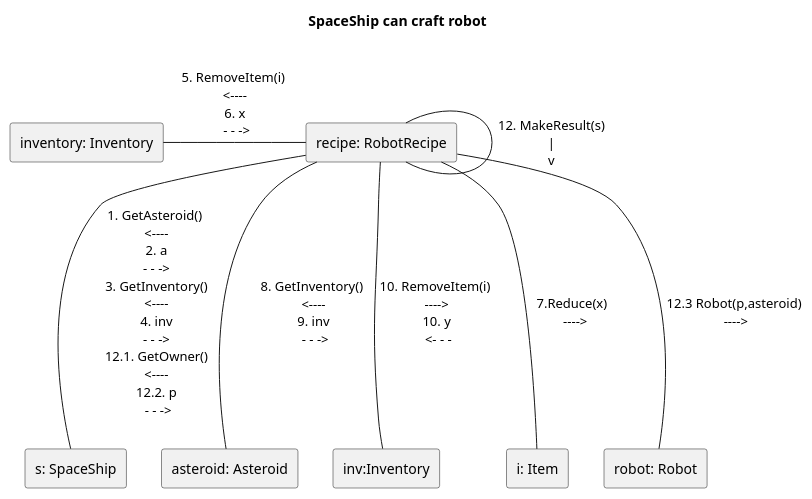
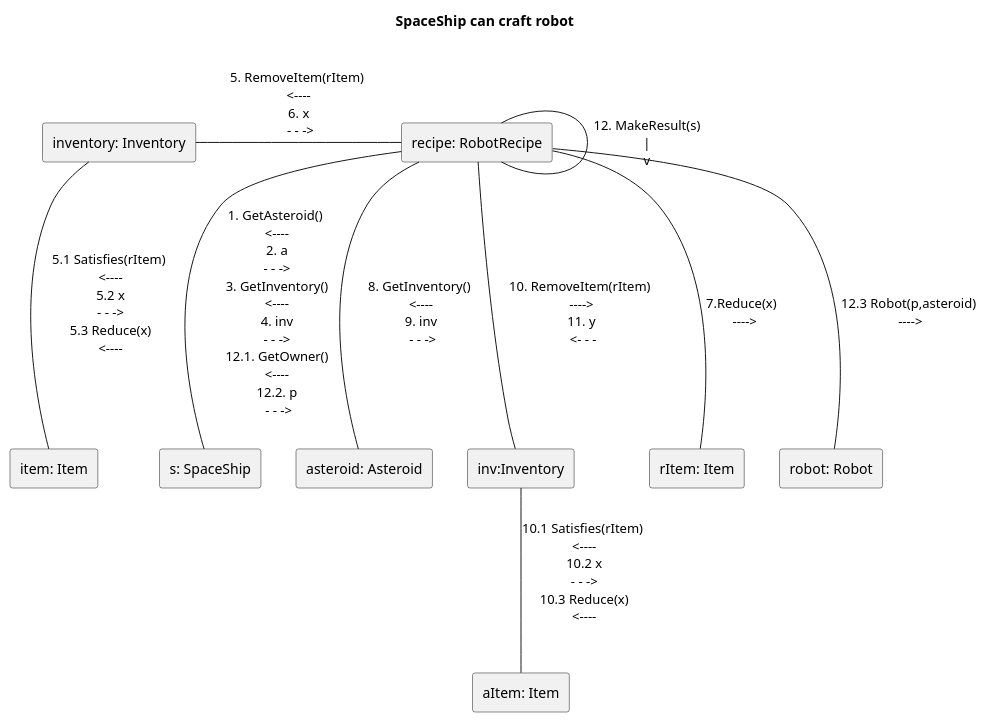
One commit to viseguard-studios/Documentation changed the diagram in docs/Skeleton/diagrams/Craft_robot/comm/3.Craft_robot.puml. Above: the diagram before and after it, drawn with PlantUML. The commit also changed 5 other files, not shown here.

Commit message:
craft uml update

```diff
--- a/docs/Skeleton/diagrams/Craft_robot/comm/3.Craft_robot.puml
+++ b/docs/Skeleton/diagrams/Craft_robot/comm/3.Craft_robot.puml
@@ -1,30 +1,36 @@
 @startuml
 rectangle "recipe: RobotRecipe" as recipe 
 rectangle "s: SpaceShip" as s 
 rectangle "inventory: Inventory" as inventory 
 rectangle "asteroid: Asteroid" as asteroid
 rectangle "inv:Inventory" as inv 
-rectangle "i: Item" as i
+rectangle "rItem: Item" as rItem
 rectangle "robot: Robot" as robot 
+rectangle "item: Item" as item
+rectangle "aItem: Item" as aItem
 
 title SpaceShip can craft robot \n 
 
 recipe -- s: 1. GetAsteroid() \n <---- \n 2. a \n - - -> \n 3. GetInventory() \n <---- \n 4. inv \n - - -> \n 12.1. GetOwner() \n <---- \n 12.2. p \n - - ->
 
 
-recipe -left- inventory: 5. RemoveItem(i) \n <---- \n 6. x \n - - -> 
+recipe -left- inventory: 5. RemoveItem(rItem) \n <---- \n 6. x \n - - -> 
 
-recipe -- i: 7.Reduce(x) \n ---->
+inventory -- item: 5.1 Satisfies(rItem) \n <---- \n 5.2 x \n - - -> \n 5.3 Reduce(x) \n <---- \n 
+
+recipe -- rItem: 7.Reduce(x) \n ---->
 
 recipe -- asteroid: 8. GetInventory() \n <---- \n 9. inv \n - - -> 
 
-recipe -- inv: 10. RemoveItem(i) \n ----> \n 10. y \n <- - - 
+recipe -- inv: 10. RemoveItem(rItem) \n ----> \n 11. y \n <- - - 
+
+inv -- aItem: 10.1 Satisfies(rItem) \n <---- \n 10.2 x \n - - -> \n 10.3 Reduce(x) \n <---- \n 
 
 recipe -down- recipe: 12. MakeResult(s)\n | \nv
 
 recipe -- robot: 12.3 Robot(p,asteroid)\n ---->
 
 
 
 
 @enduml
```
